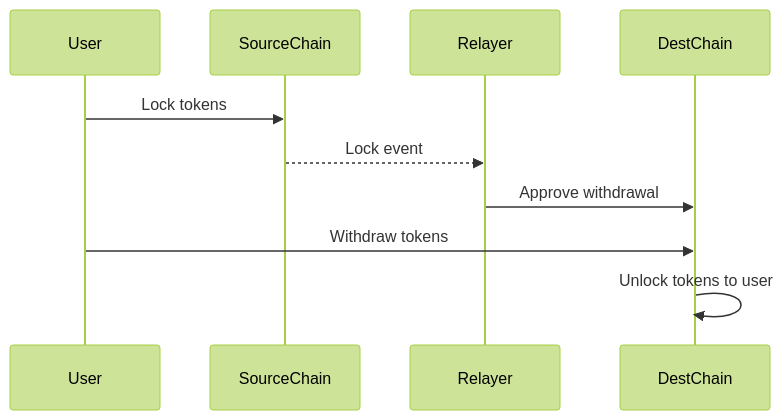
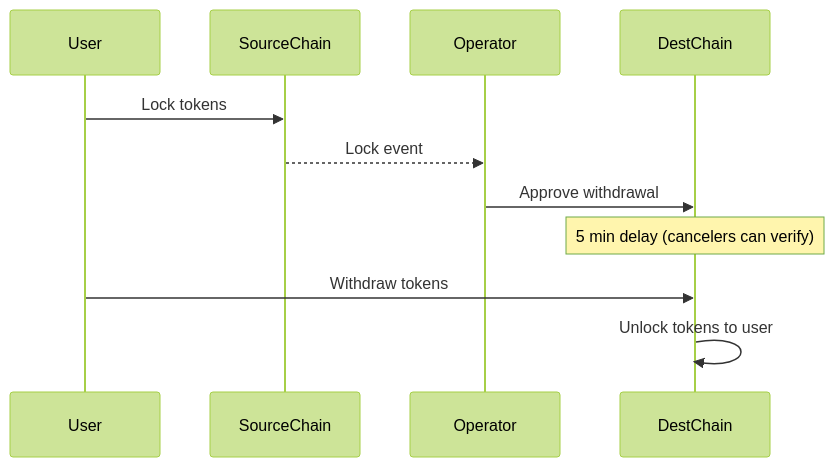
One commit to PlasticDigits/cl8y-bridge-monorepo changed the second of 4 diagrams in docs/architecture.md. Above: the diagram before and after it, drawn with Mermaid (forest theme). The commit also changed other lines of this file and 130 other files, not shown here.

````diff
--- a/docs/architecture.md
+++ b/docs/architecture.md
@@ -86,13 +99,14 @@
 ```mermaid
 sequenceDiagram
     participant User
     participant SourceChain
-    participant Relayer
+    participant Operator
     participant DestChain
 
     User->>SourceChain: Lock tokens
-    SourceChain-->>Relayer: Lock event
-    Relayer->>DestChain: Approve withdrawal
+    SourceChain-->>Operator: Lock event
+    Operator->>DestChain: Approve withdrawal
+    Note over DestChain: 5 min delay (cancelers can verify)
     User->>DestChain: Withdraw tokens
     DestChain->>DestChain: Unlock tokens to user
 ```
````
